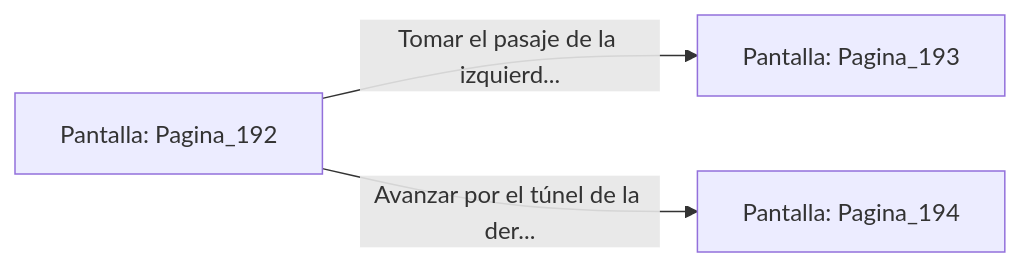
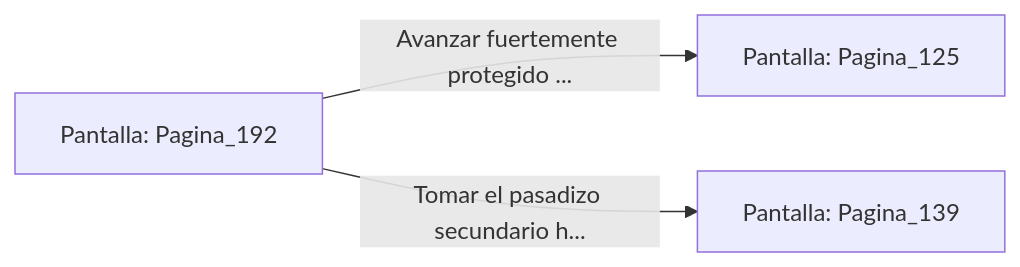
Before and after one commit to metsuke/mpl: the diagram in sample/eligejuego-vault/Pantalla_Pagina_192.md, drawn with Mermaid. The commit also changed other lines of this file and 635 other files, not shown here.

First line of the commit message:
fix: añadir Pagina_1 como pantalla inicial en capitulo_01.mpl

````diff
--- a/sample/eligejuego-vault/Pantalla_Pagina_192.md
+++ b/sample/eligejuego-vault/Pantalla_Pagina_192.md
@@ -20,6 +22,6 @@
 ```mermaid
 graph LR
     P_Pagina_192["Pantalla: Pagina_192"]
-    P_Pagina_192 -->|"Tomar el pasaje de la izquierd..."| P_Pagina_193["Pantalla: Pagina_193"]
-    P_Pagina_192 -->|"Avanzar por el túnel de la der..."| P_Pagina_194["Pantalla: Pagina_194"]
+    P_Pagina_192 -->|"Avanzar fuertemente protegido ..."| P_Pagina_125["Pantalla: Pagina_125"]
+    P_Pagina_192 -->|"Tomar el pasadizo secundario h..."| P_Pagina_139["Pantalla: Pagina_139"]
 ```
````
